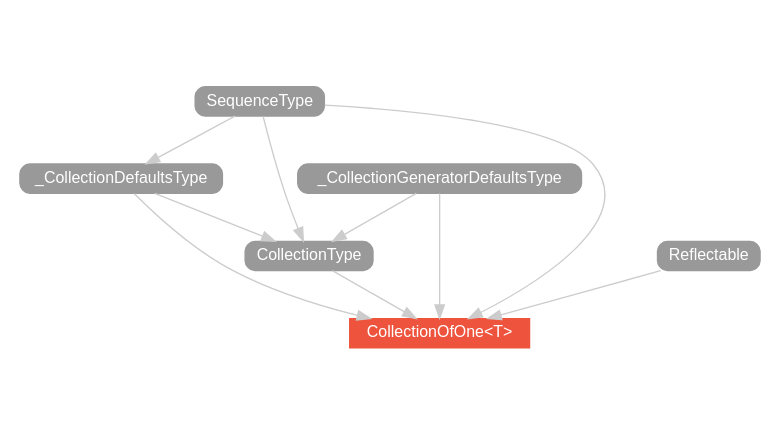
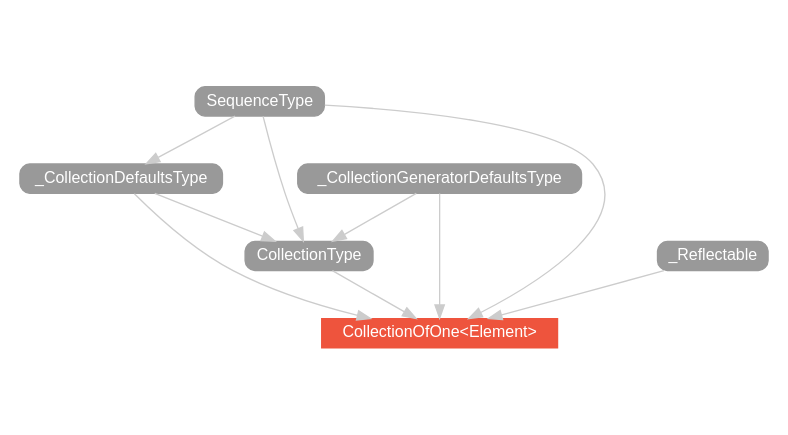
Before and after one commit to SwiftDocOrg/swiftdoc.org: the diagram in swift-2/type/CollectionOfOne/hierarchy/index.dot, drawn with Graphviz. The commit also changed 541 other files, not shown here.

```diff
--- a/swift-2/type/CollectionOfOne/hierarchy/index.dot
+++ b/swift-2/type/CollectionOfOne/hierarchy/index.dot
@@ -1,23 +1,23 @@
-strict digraph "CollectionOfOne<T> - Type Hierarchy - SwiftDoc.org" {
+strict digraph "CollectionOfOne<Element> - Type Hierarchy - SwiftDoc.org" {
     pad="0.1,0.8"
     node [shape=box, style="filled,rounded", color="#999999", fillcolor="#999999", fontcolor=white, fontname=Helvetica, fontnames="Helvetica,sansserif", fontsize=12, margin="0.07,0.05", height="0.3"]
     edge [color="#cccccc"]
-    "CollectionOfOne<T>" [URL="/type/CollectionOfOne/", style="filled", fillcolor="#ee543d", color="#ee543d"]
+    "CollectionOfOne<Element>" [URL="/type/CollectionOfOne/", style="filled", fillcolor="#ee543d", color="#ee543d"]
     "CollectionType" [URL="/protocol/CollectionType/"]
-    "Reflectable" [URL="/protocol/Reflectable/"]
     "SequenceType" [URL="/protocol/SequenceType/"]
     "_CollectionDefaultsType" [URL="/protocol/_CollectionDefaultsType/"]
-    "_CollectionGeneratorDefaultsType" [URL="/protocol/_CollectionGeneratorDefaultsType/"]    "CollectionType" -> "CollectionOfOne<T>"
-    "SequenceType" -> "CollectionOfOne<T>"
-    "_CollectionDefaultsType" -> "CollectionOfOne<T>"
-    "_CollectionGeneratorDefaultsType" -> "CollectionOfOne<T>"
-    "Reflectable" -> "CollectionOfOne<T>"
+    "_CollectionGeneratorDefaultsType" [URL="/protocol/_CollectionGeneratorDefaultsType/"]
+    "_Reflectable" [URL="/protocol/_Reflectable/"]    "CollectionType" -> "CollectionOfOne<Element>"
+    "SequenceType" -> "CollectionOfOne<Element>"
+    "_CollectionDefaultsType" -> "CollectionOfOne<Element>"
+    "_CollectionGeneratorDefaultsType" -> "CollectionOfOne<Element>"
+    "_Reflectable" -> "CollectionOfOne<Element>"
     "SequenceType" -> "CollectionType"
     "_CollectionDefaultsType" -> "CollectionType"
     "_CollectionGeneratorDefaultsType" -> "CollectionType"
     "SequenceType" -> "_CollectionDefaultsType"
     "SequenceType" -> "_CollectionDefaultsType"
     subgraph Types {
-        rank = max; "CollectionOfOne<T>";
+        rank = max; "CollectionOfOne<Element>";
     }
 }
```
